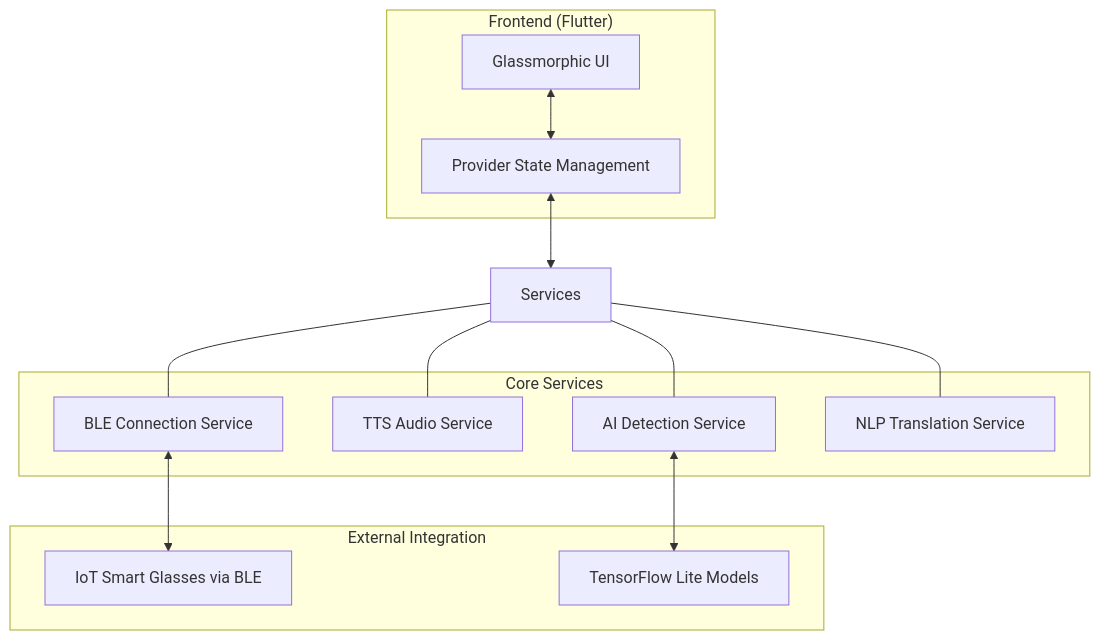
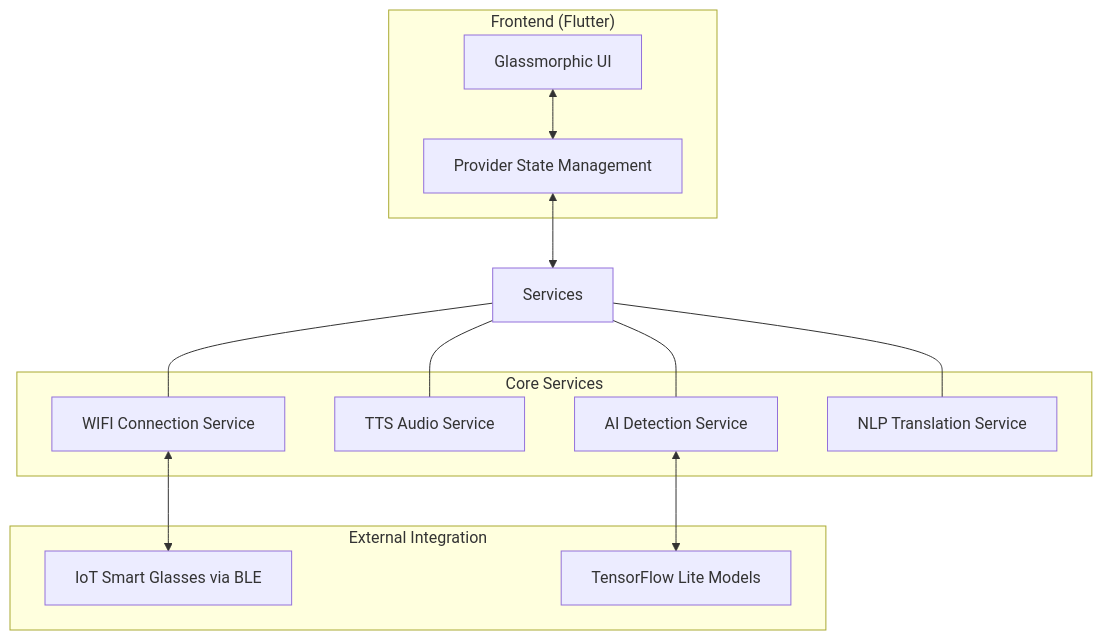
One commit to darknecrocities/EasyLense changed the first of 3 diagrams in README.md. Above: the diagram before and after it, drawn with Mermaid.

Commit message:
feat: building easylense prototype

````diff
--- a/README.md
+++ b/README.md
@@ -50,25 +50,25 @@
 ```mermaid
 graph TD
     subgraph "Frontend (Flutter)"
         UI[Glassmorphic UI]
         Providers[Provider State Management]
     end
 
     subgraph "Core Services"
         AI[AI Detection Service]
         TTS[TTS Audio Service]
-        BLE[BLE Connection Service]
+        WIFI[WIFI Connection Service]
         NLP[NLP Translation Service]
     end
 
     subgraph "External Integration"
         Glasses[IoT Smart Glasses via BLE]
         TFLite[TensorFlow Lite Models]
     end
 
     UI <--> Providers
     Providers <--> Services
-    Services --- AI & TTS & BLE & NLP
-    BLE <--> Glasses
+    Services --- AI & TTS & WIFI & NLP
+    WIFI <--> Glasses
     AI <--> TFLite
 ```
````
